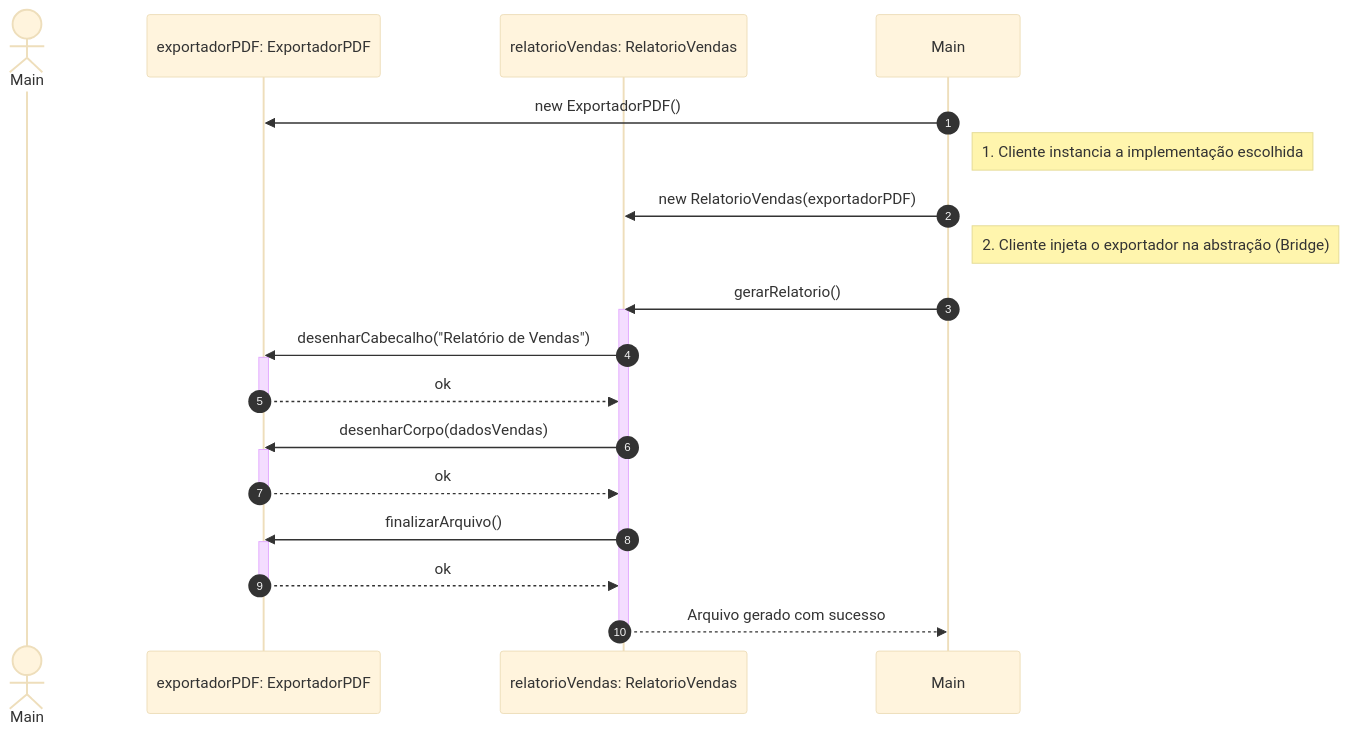
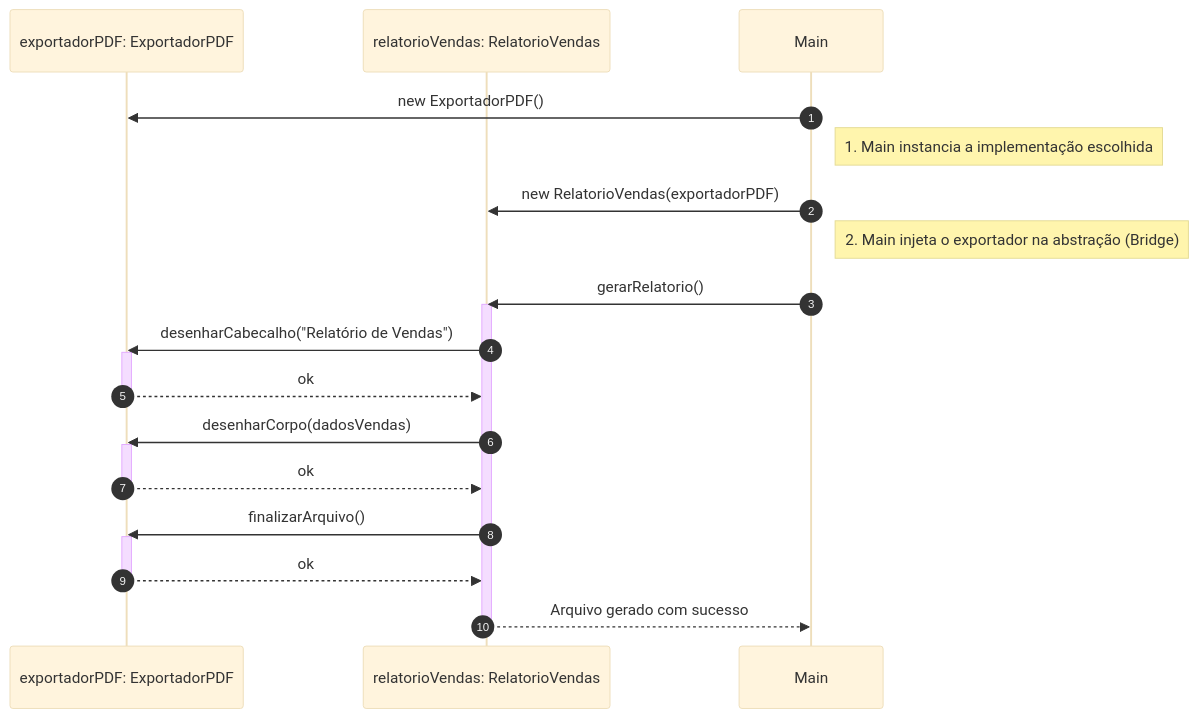
Before and after one commit to Bia-Novais/Bridge: the second of 2 diagrams in README.md, drawn with Mermaid (base theme).

Commit message:
Update sequence diagram notes in README.md

````diff
--- a/README.md
+++ b/README.md
@@ -101,34 +101,33 @@
 ```mermaid
 sequenceDiagram
     autonumber
-    actor Cliente as Main
     participant Exp as exportadorPDF: ExportadorPDF
     participant Rel as relatorioVendas: RelatorioVendas
 
     Main->>Exp: new ExportadorPDF()
-    Note right of Main: 1. Cliente instancia a implementação escolhida
+    Note right of Main: 1. Main instancia a implementação escolhida
 
     Main->>Rel: new RelatorioVendas(exportadorPDF)
-    Note right of Main: 2. Cliente injeta o exportador na abstração (Bridge)
+    Note right of Main: 2. Main injeta o exportador na abstração (Bridge)
     
     Main->>Rel: gerarRelatorio()
     activate Rel
     
     Rel->>Exp: desenharCabecalho("Relatório de Vendas")
     activate Exp
     Exp-->>Rel: ok
     deactivate Exp
     
     Rel->>Exp: desenharCorpo(dadosVendas)
     activate Exp
     Exp-->>Rel: ok
     deactivate Exp
     
     Rel->>Exp: finalizarArquivo()
     activate Exp
     Exp-->>Rel: ok
     deactivate Exp
     
     Rel-->>Main: Arquivo gerado com sucesso
     deactivate Rel
 ```
````
